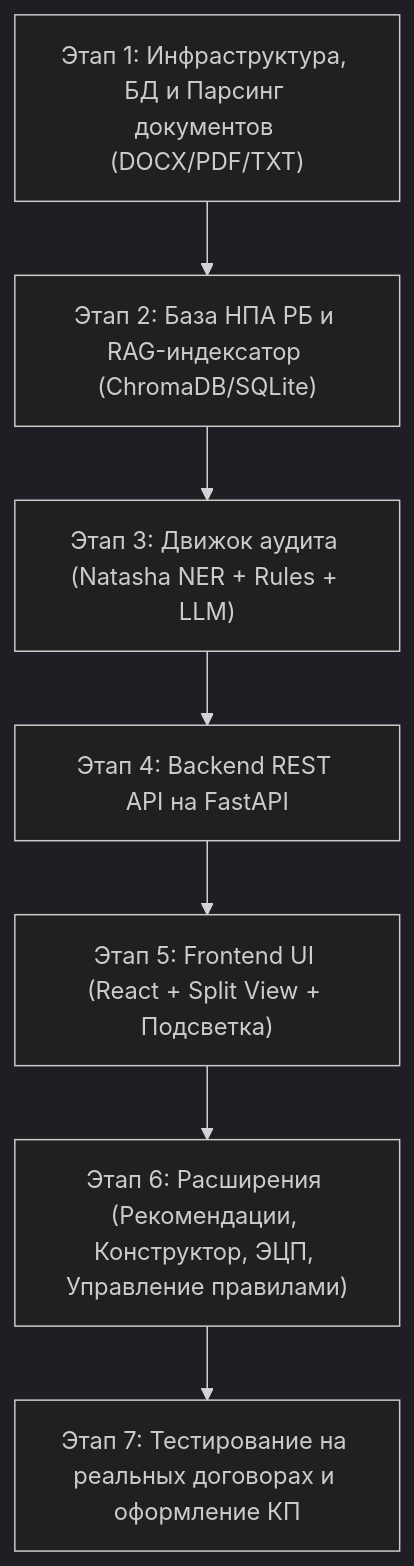
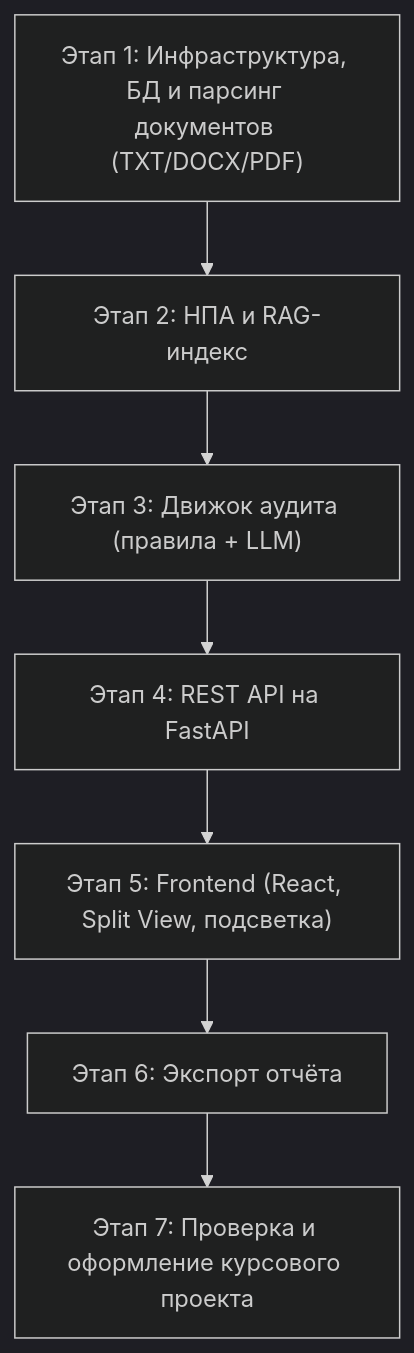
The diagram in docs/TASK.md (froonn/EDM-Auditor), drawn with Mermaid (dark theme) before and after one commit. The commit also changed other lines of this file and 17 other files, not shown here.

````diff
--- a/docs/TASK.md
+++ b/docs/TASK.md
@@ -277,9 +230,9 @@
 ```mermaid
 flowchart TD
-    M1["Этап 1: Инфраструктура, БД и Парсинг документов (DOCX/PDF/TXT)"] --> M2["Этап 2: База НПА РБ и RAG-индексатор (ChromaDB/SQLite)"]
-    M2 --> M3["Этап 3: Движок аудита (Natasha NER + Rules + LLM)"]
-    M3 --> M4["Этап 4: Backend REST API на FastAPI"]
-    M4 --> M5["Этап 5: Frontend UI (React + Split View + Подсветка)"]
-    M5 --> M6["Этап 6: Расширения (Рекомендации, Конструктор, ЭЦП, Управление правилами)"]
-    M6 --> M7["Этап 7: Тестирование на реальных договорах и оформление КП"]
+    M1["Этап 1: Инфраструктура, БД и парсинг документов (TXT/DOCX/PDF)"] --> M2["Этап 2: НПА и RAG-индекс"]
+    M2 --> M3["Этап 3: Движок аудита (правила + LLM)"]
+    M3 --> M4["Этап 4: REST API на FastAPI"]
+    M4 --> M5["Этап 5: Frontend (React, Split View, подсветка)"]
+    M5 --> M6["Этап 6: Экспорт отчёта"]
+    M6 --> M7["Этап 7: Проверка и оформление курсового проекта"]
 ```
````
